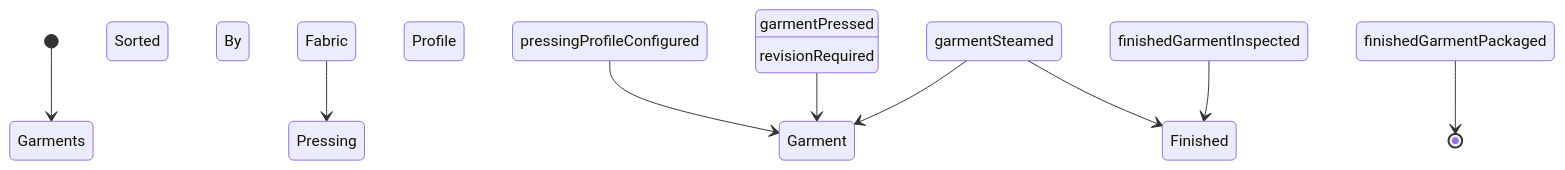
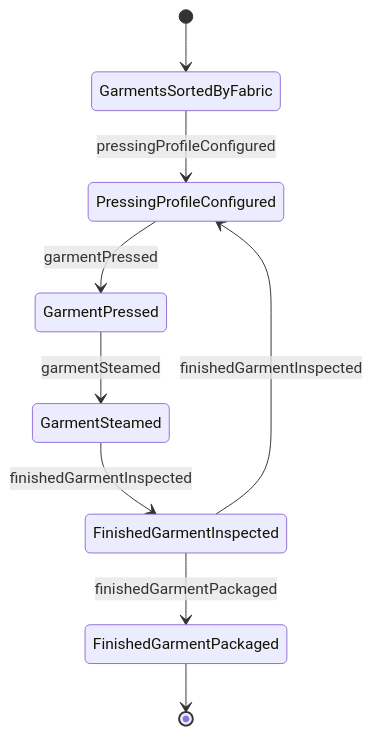
One commit to dot-org-ai/tasks.org.ai changed the second of 4 diagrams in ControllingMachinesAndProcesses/OperateIndustrialProcessingOrProductionEquipment/SmoothGarmentsIronsPressesSteamers.mdx. Above: the diagram before and after it, drawn with Mermaid. The commit also changed other lines of this file and 515 other files, not shown here.

````diff
--- a/ControllingMachinesAndProcesses/OperateIndustrialProcessingOrProductionEquipment/SmoothGarmentsIronsPressesSteamers.mdx
+++ b/ControllingMachinesAndProcesses/OperateIndustrialProcessingOrProductionEquipment/SmoothGarmentsIronsPressesSteamers.mdx
@@ -96,11 +96,11 @@
 ```mermaid
 stateDiagram-v2
-    [*] --> Garments Sorted By Fabric
-    Garments Sorted By Fabric --> Pressing Profile Configured : pressingProfileConfigured
-    Pressing Profile Configured --> Garment Pressed : garmentPressed
-    Garment Pressed --> Garment Steamed : garmentSteamed
-    Garment Steamed --> Finished Garment Inspected : finishedGarmentInspected
-    Finished Garment Inspected --> Finished Garment Packaged : finishedGarmentPackaged
-    Garment Steamed --> Garment Pressed : revisionRequired
-    Finished Garment Packaged --> [*]
+    [*] --> GarmentsSortedByFabric
+    GarmentsSortedByFabric --> PressingProfileConfigured : pressingProfileConfigured
+    PressingProfileConfigured --> GarmentPressed : garmentPressed
+    GarmentPressed --> GarmentSteamed : garmentSteamed
+    GarmentSteamed --> FinishedGarmentInspected : finishedGarmentInspected
+    FinishedGarmentInspected --> FinishedGarmentPackaged : finishedGarmentPackaged
+    FinishedGarmentInspected --> PressingProfileConfigured : finishedGarmentInspected
+    FinishedGarmentPackaged --> [*]
 ```
````
